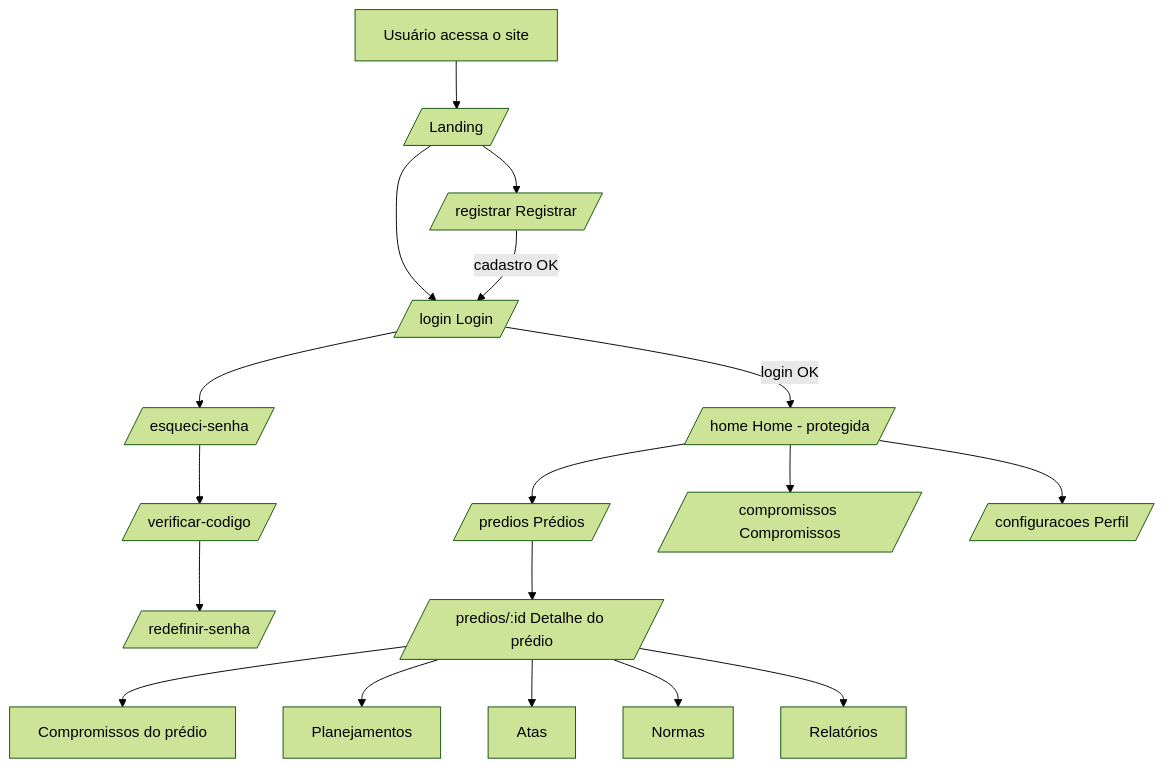
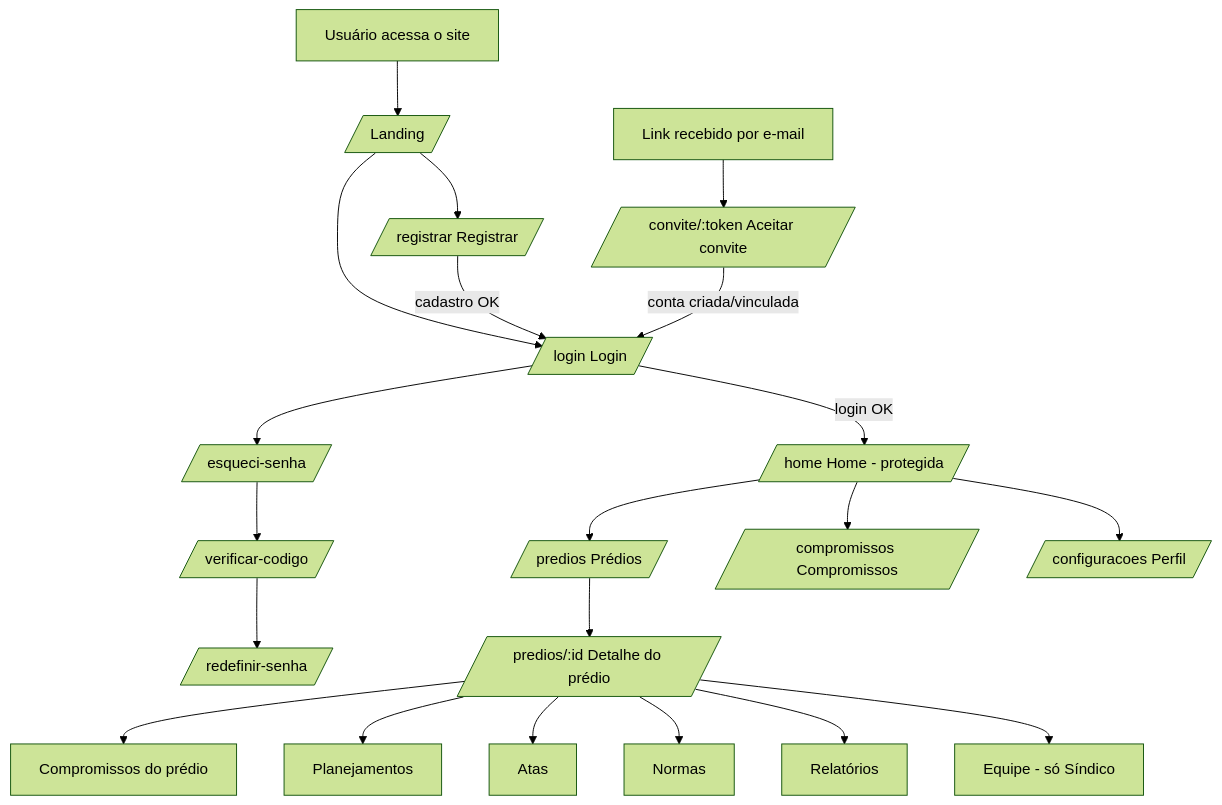
One commit to pdrollucas/euSindico changed the first of 2 diagrams in frontend/documentation/ARCHITECTURE.md. Above: the diagram before and after it, drawn with Mermaid (forest theme). The commit also changed other lines of this file and 60 other files, not shown here.

````diff
--- a/frontend/documentation/ARCHITECTURE.md
+++ b/frontend/documentation/ARCHITECTURE.md
@@ -114,23 +123,27 @@
 ```mermaid
 flowchart TD
     A[Usuário acessa o site] --> B[/ Landing/]
     B --> C[/login Login/]
     B --> D[/registrar Registrar/]
     C --> E[/esqueci-senha/]
     E --> F[/verificar-codigo/]
     F --> G[/redefinir-senha/]
 
     C -->|login OK| H[/home Home - protegida/]
     D -->|cadastro OK| C
 
     H --> I[/predios Prédios/]
     H --> J[/compromissos Compromissos/]
     H --> K[/configuracoes Perfil/]
 
     I --> L[/predios/:id Detalhe do prédio/]
     L --> M[Compromissos do prédio]
     L --> N[Planejamentos]
     L --> O[Atas]
     L --> P[Normas]
     L --> Q[Relatórios]
+    L --> R[Equipe - só Síndico]
+
+    Z[Link recebido por e-mail] --> Y[/convite/:token Aceitar convite/]
+    Y -->|conta criada/vinculada| C
 ```
````
